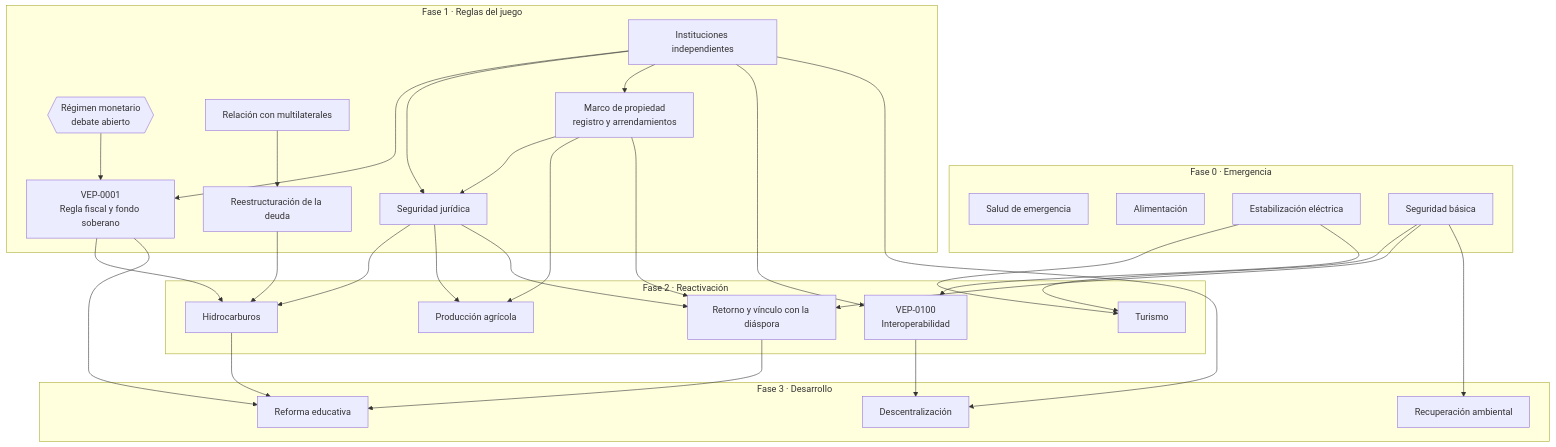
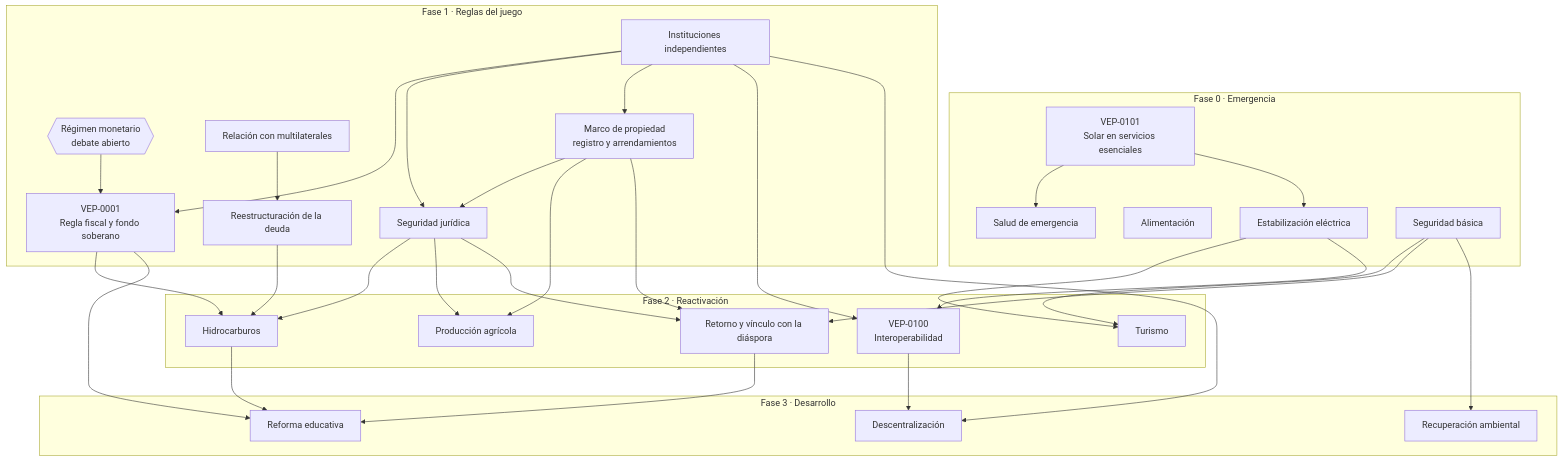
One commit to ve-abierta/pais changed the diagram in ROADMAP.md. Above: the diagram before and after it, drawn with Mermaid. The commit also changed other lines of this file and 3 other files, not shown here.

Commit message:
added VEP-0101-solar-essential-services-self-consumption

````diff
--- a/ROADMAP.md
+++ b/ROADMAP.md
@@ -34,55 +34,58 @@
 ```mermaid
 flowchart TD
     subgraph F0[Fase 0 · Emergencia]
         H[Salud de emergencia]
         AL[Alimentación]
         EL[Estabilización eléctrica]
+        SOL[VEP-0101<br/>Solar en servicios esenciales]
         SEG[Seguridad básica]
     end
     subgraph F1[Fase 1 · Reglas del juego]
         INST[Instituciones independientes]
         MON{{Régimen monetario<br/>debate abierto}}
         FIS[VEP-0001<br/>Regla fiscal y fondo soberano]
         DEU[Reestructuración de la deuda]
         MUL[Relación con multilaterales]
         JUR[Seguridad jurídica]
         PROP[Marco de propiedad<br/>registro y arrendamientos]
     end
     subgraph F2[Fase 2 · Reactivación]
         HID[Hidrocarburos]
         TUR[Turismo]
         INT[VEP-0100<br/>Interoperabilidad]
         AGR[Producción agrícola]
         DIA[Retorno y vínculo con la diáspora]
     end
     subgraph F3[Fase 3 · Desarrollo]
         EDU[Reforma educativa]
         AMB[Recuperación ambiental]
         DES[Descentralización]
     end
 
+    SOL --> H
+    SOL --> EL
     INST --> FIS
     MON --> FIS
     INST --> JUR
     MUL --> DEU
     DEU --> HID
     JUR --> HID
     JUR --> AGR
     INST --> PROP
     PROP --> JUR
     PROP --> AGR
     PROP --> DIA
     FIS --> HID
     SEG --> TUR
     EL --> TUR
     EL --> INT
     INST --> INT
     JUR --> DIA
     SEG --> DIA
     HID --> EDU
     FIS --> EDU
     DIA --> EDU
     INT --> DES
     INST --> DES
     SEG --> AMB
 ```
````
